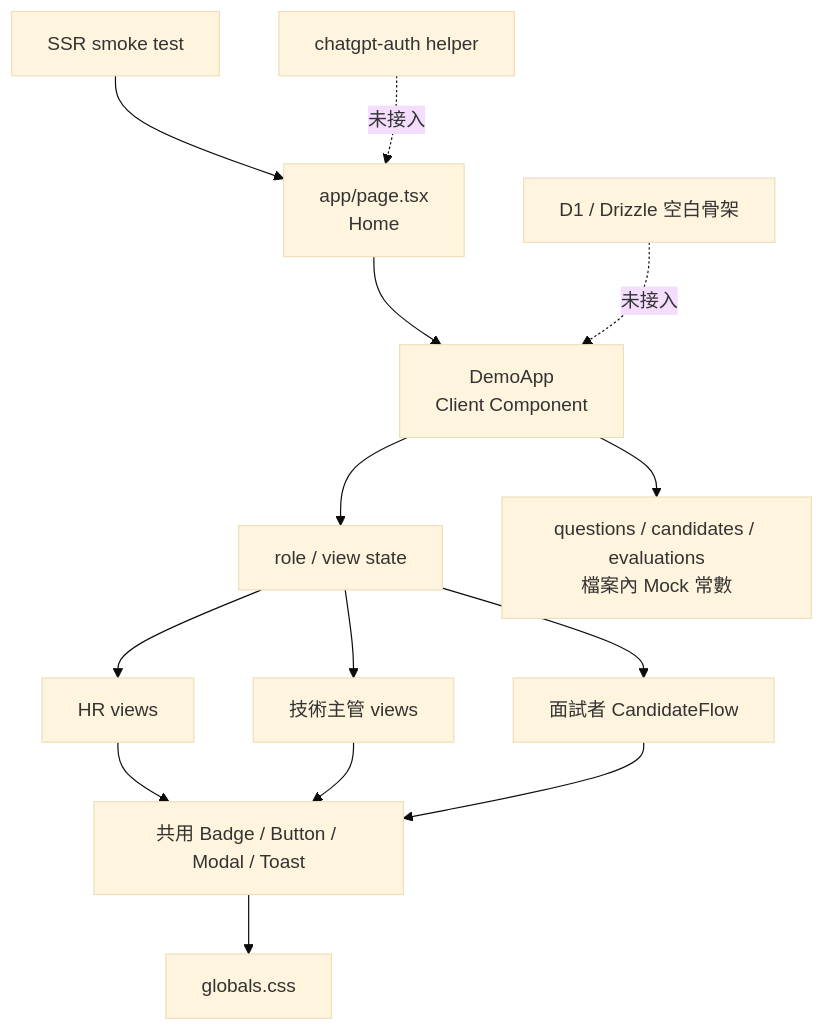
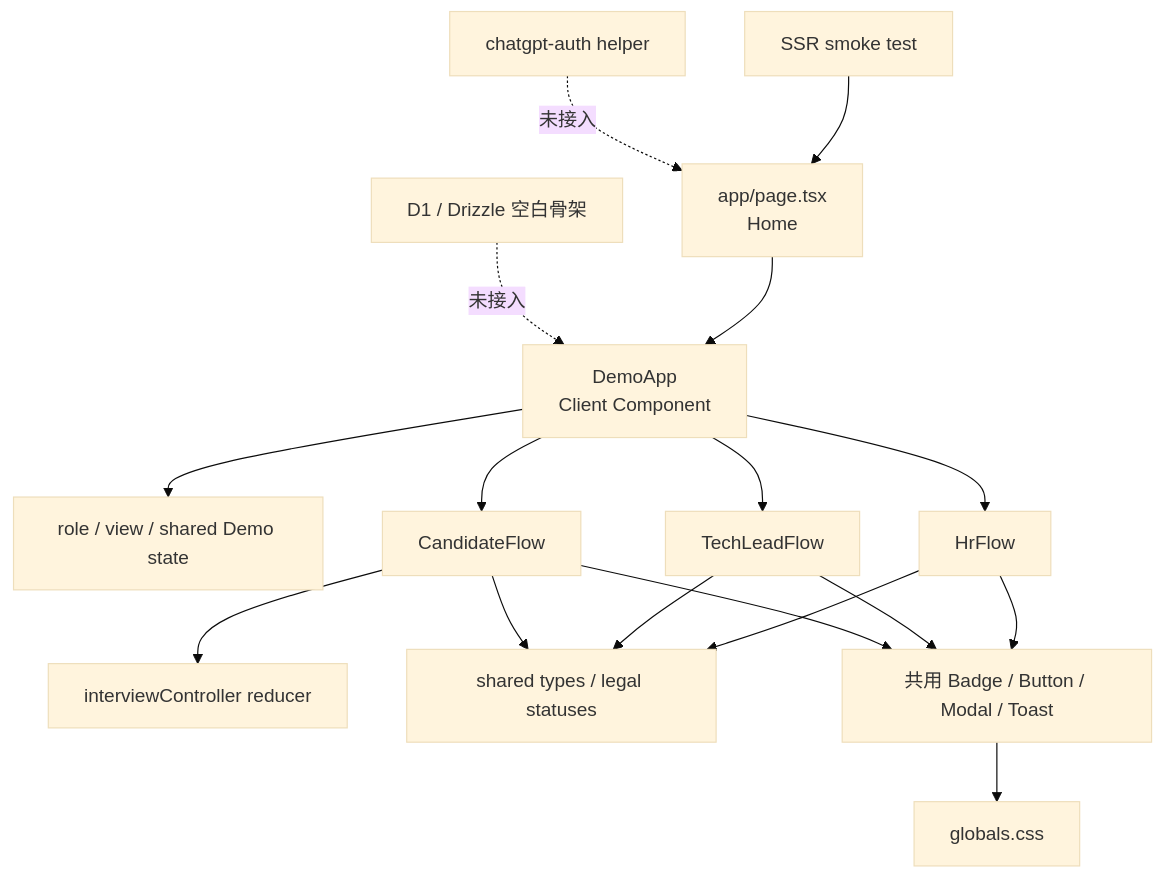
Before and after one commit to nicholas950293/Talentscope: the first of 4 diagrams in docs/ARCHITECTURE.md, drawn with Mermaid (base theme). The commit also changed other lines of this file and 13 other files, not shown here.

````diff
--- a/docs/ARCHITECTURE.md
+++ b/docs/ARCHITECTURE.md
@@ -55,16 +62,19 @@
 ```mermaid
 flowchart TD
     Route["app/page.tsx<br/>Home"] --> Demo["DemoApp<br/>Client Component"]
-    Demo --> Role["role / view state"]
-    Demo --> Data["questions / candidates / evaluations<br/>檔案內 Mock 常數"]
-    Role --> HR["HR views"]
-    Role --> Tech["技術主管 views"]
-    Role --> Cand["面試者 CandidateFlow"]
+    Demo --> Role["role / view / shared Demo state"]
+    Demo --> HR["HrFlow"]
+    Demo --> Tech["TechLeadFlow"]
+    Demo --> Cand["CandidateFlow"]
+    Cand --> Controller["interviewController reducer"]
+    HR --> Types["shared types / legal statuses"]
+    Tech --> Types
+    Cand --> Types
     HR --> UI["共用 Badge / Button / Modal / Toast"]
     Tech --> UI
     Cand --> UI
     UI --> CSS["globals.css"]
     Test["SSR smoke test"] --> Route
     DB["D1 / Drizzle 空白骨架"] -. 未接入 .-> Demo
     Auth["chatgpt-auth helper"] -. 未接入 .-> Route
 ```
````
